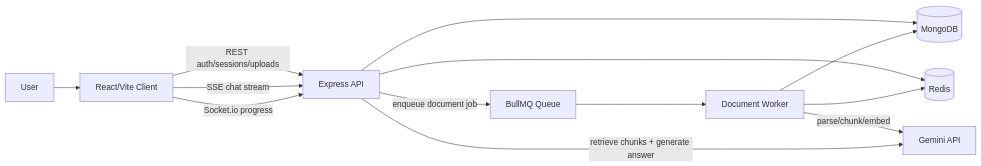
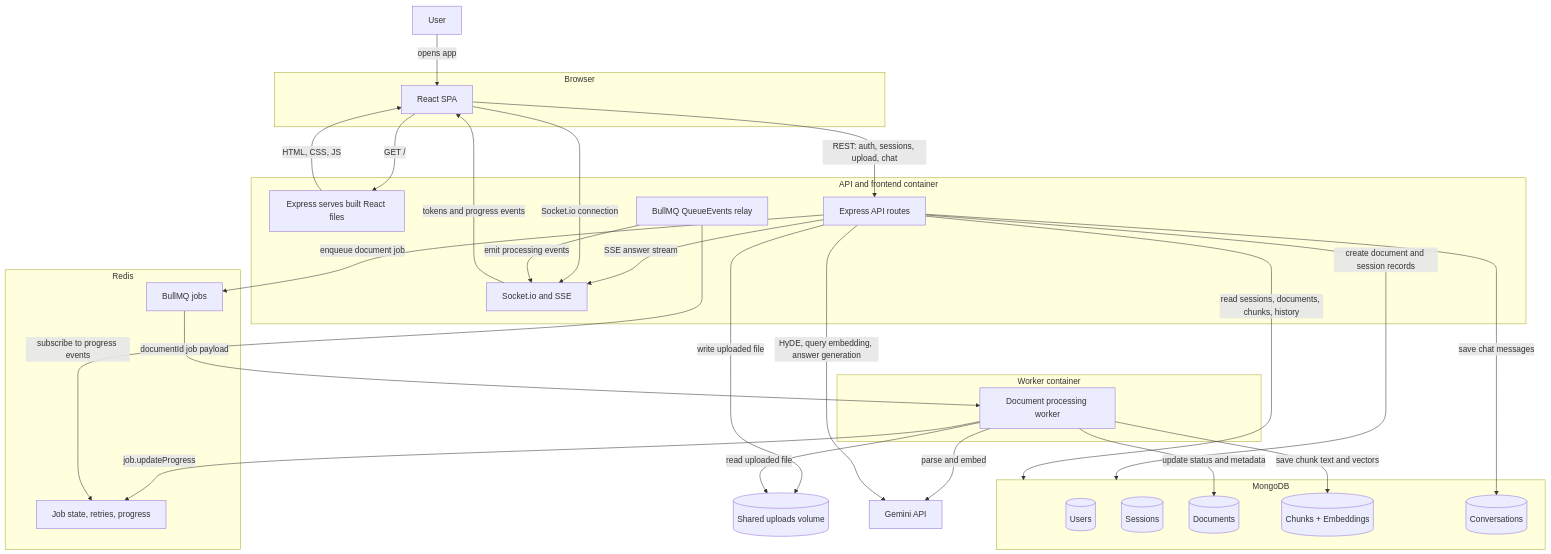
One commit to parihar-harsh/RAG-based-doc-scanner changed the diagram in README.md. Above: the diagram before and after it, drawn with Mermaid. The commit also changed other lines of this file, not shown here.

````diff
--- a/README.md
+++ b/README.md
@@ -39,17 +39,63 @@
 ```mermaid
-flowchart LR
-  User[User] --> Client[React/Vite Client]
-  Client -->|REST auth/sessions/uploads| API[Express API]
-  Client -->|SSE chat stream| API
-  Client -->|Socket.io progress| API
+flowchart TB
+  User[User]
 
-  API --> Mongo[(MongoDB)]
-  API --> Redis[(Redis)]
-  API -->|enqueue document job| Queue[BullMQ Queue]
-  Queue --> Worker[Document Worker]
-  Worker -->|parse/chunk/embed| Gemini[Gemini API]
-  Worker --> Mongo
-  Worker --> Redis
+  subgraph Browser[Browser]
+    SPA[React SPA]
+  end
 
-  API -->|retrieve chunks + generate answer| Gemini
+  subgraph APIContainer[API and frontend container]
+    Static[Express serves built React files]
+    API[Express API routes]
+    Realtime[Socket.io and SSE]
+    QueueRelay[BullMQ QueueEvents relay]
+  end
+
+  subgraph WorkerContainer[Worker container]
+    Worker[Document processing worker]
+  end
+
+  Uploads[(Shared uploads volume)]
+
+  subgraph RedisStore[Redis]
+    Queue[BullMQ jobs]
+    JobState[Job state, retries, progress]
+  end
+
+  subgraph MongoStore[MongoDB]
+    Users[(Users)]
+    Sessions[(Sessions)]
+    Documents[(Documents)]
+    Chunks[(Chunks + Embeddings)]
+    Conversations[(Conversations)]
+  end
+
+  Gemini[Gemini API]
+
+  User -->|opens app| SPA
+  SPA -->|GET /| Static
+  Static -->|HTML, CSS, JS| SPA
+
+  SPA -->|REST: auth, sessions, upload, chat| API
+  API -->|SSE answer stream| Realtime
+  Realtime -->|tokens and progress events| SPA
+  SPA -->|Socket.io connection| Realtime
+
+  API -->|write uploaded file| Uploads
+  API -->|create document and session records| MongoStore
+  API -->|enqueue document job| Queue
+
+  Queue -->|documentId job payload| Worker
+  Worker -->|read uploaded file| Uploads
+  Worker -->|parse and embed| Gemini
+  Worker -->|update status and metadata| Documents
+  Worker -->|save chunk text and vectors| Chunks
+  Worker -->|job.updateProgress| JobState
+
+  QueueRelay -->|subscribe to progress events| JobState
+  QueueRelay -->|emit processing events| Realtime
+
+  API -->|read sessions, documents, chunks, history| MongoStore
+  API -->|HyDE, query embedding, answer generation| Gemini
+  API -->|save chat messages| Conversations
 ```
````
